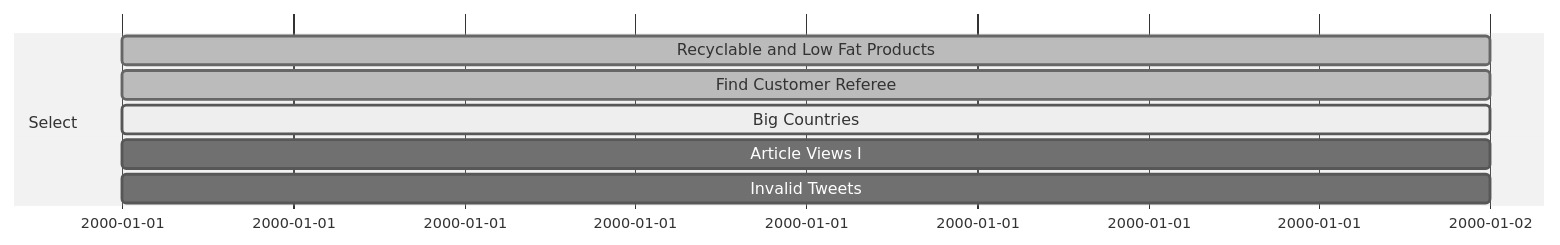
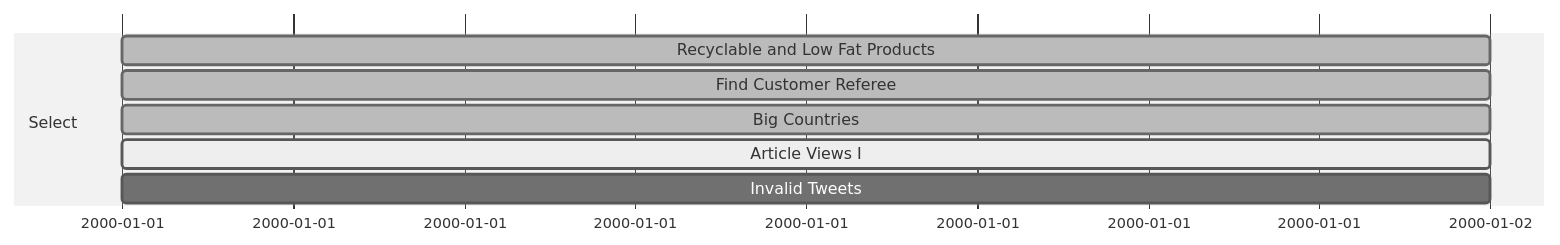
One commit to kizzandev/LeetCode changed the third of 3 diagrams in README.md. Above: the diagram before and after it, drawn with Mermaid (neutral theme). The commit also changed 2 other files, not shown here.

Commit message:
SQL: Solution for Big Countries

````diff
--- a/README.md
+++ b/README.md
@@ -62,9 +62,9 @@
 ```mermaid
 gantt
     section Select
     Recyclable and Low Fat Products: done,   a0, 2000-01-01, 1d
     Find Customer Referee          : done,   a , 2000-01-01, 1d
-    Big Countries                  : active, a , 2000-01-01, 1d
-    Article Views I                :         a , 2000-01-01, 1d
+    Big Countries                  : done,   a , 2000-01-01, 1d
+    Article Views I                : active, a , 2000-01-01, 1d
     Invalid Tweets                 :         a , 2000-01-01, 1d
 ```
````
